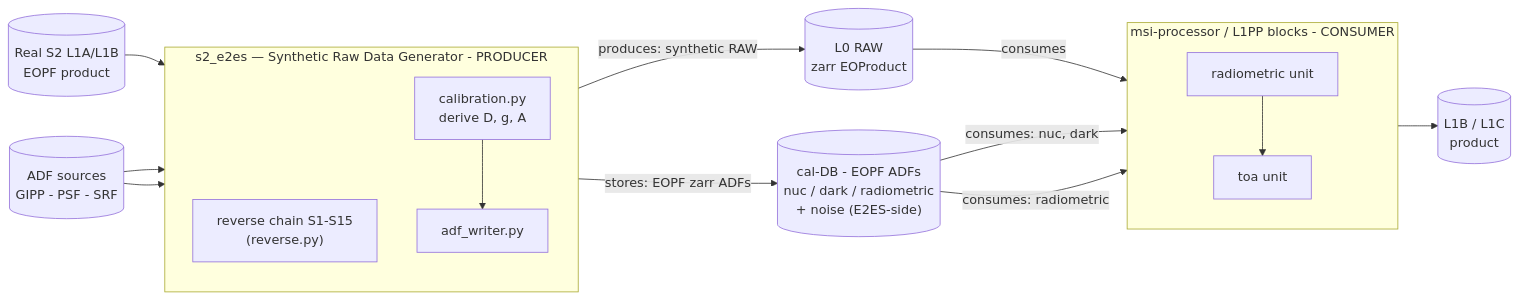
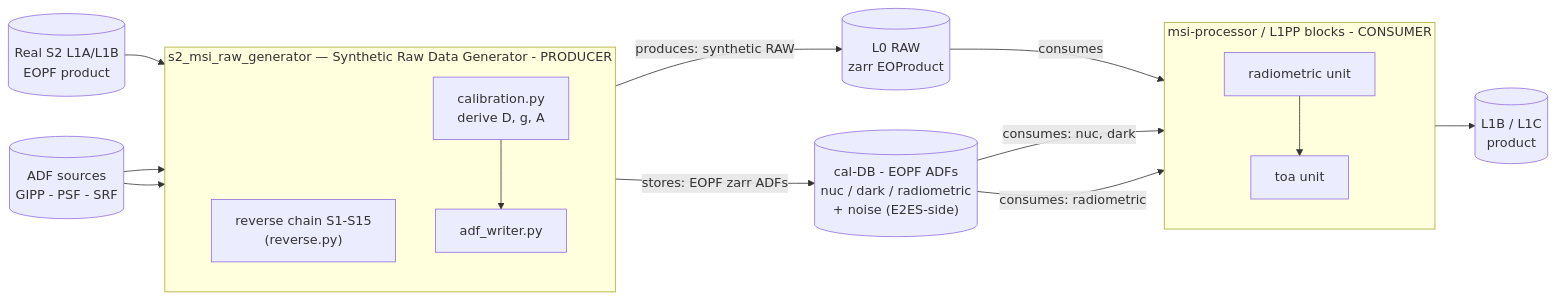
The diagram in README.md (AstroCan17/s2-msi-raw-generator), drawn with Mermaid before and after one commit. The commit also changed other lines of this file and 89 other files, not shown here.

First line of the commit message:
refactor!: rename Python package s2_e2es -> s2_msi_raw_generator

````diff
--- a/README.md
+++ b/README.md
@@ -25,28 +25,28 @@
 ```mermaid
 flowchart LR
     IN[("Real S2 L1A/L1B<br/>EOPF product")]
     ADFsrc[("ADF sources<br/>GIPP - PSF - SRF")]
-    subgraph GEN["s2_e2es — Synthetic Raw Data Generator - PRODUCER"]
+    subgraph GEN["s2_msi_raw_generator — Synthetic Raw Data Generator - PRODUCER"]
         direction TB
         REV["reverse chain S1-S15<br/>(reverse.py)"]
         CAL["calibration.py<br/>derive D, g, A"]
         ADFW["adf_writer.py"]
     end
     L0[("L0 RAW<br/>zarr EOProduct")]
     CALDB[("cal-DB - EOPF ADFs<br/>nuc / dark / radiometric<br/>+ noise (E2ES-side)")]
     subgraph PROC["msi-processor / L1PP blocks - CONSUMER"]
         direction TB
         RAD["radiometric unit"]
         TOA["toa unit"]
     end
     L1[("L1B / L1C<br/>product")]
     IN --> REV
     ADFsrc --> REV
     ADFsrc --> CAL
     REV -->|"produces: synthetic RAW"| L0
     CAL --> ADFW -->|"stores: EOPF zarr ADFs"| CALDB
     L0 -->|"consumes"| RAD
     CALDB -->|"consumes: nuc, dark"| RAD
     CALDB -->|"consumes: radiometric"| TOA
     RAD --> TOA --> L1
 ```
````
